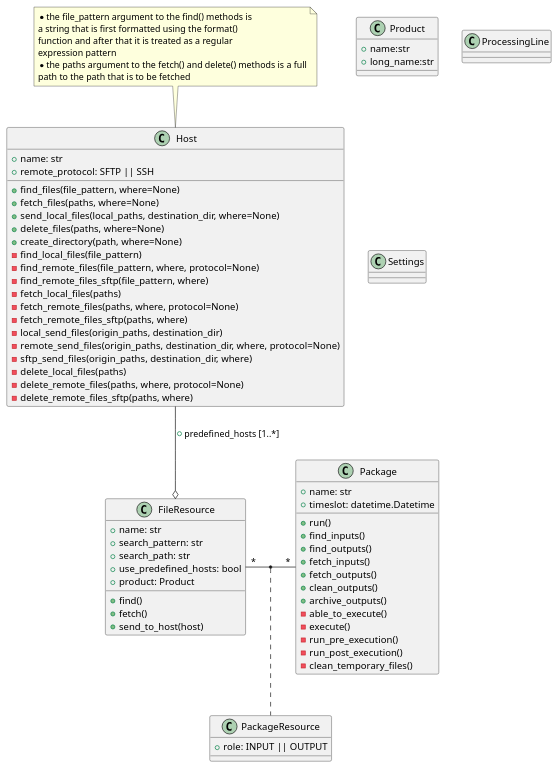
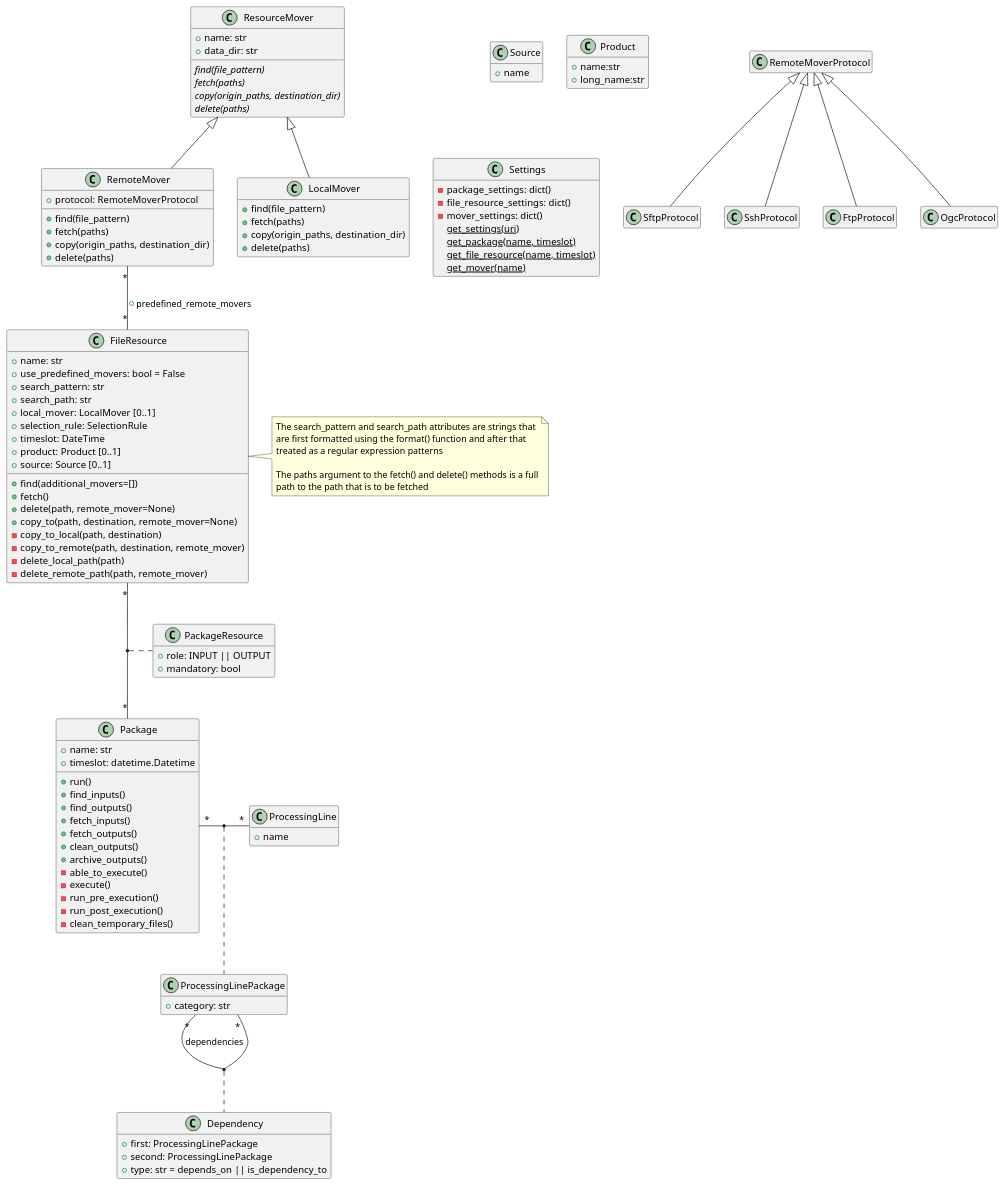
The diagram in diagrams/overview.puml (conductorproject/conductor), drawn with PlantUML before and after one commit. The commit also changed 6 other files, not shown here.

```diff
--- a/diagrams/overview.puml
+++ b/diagrams/overview.puml
@@ -1,81 +1,129 @@
 @startuml
 
-FileResource o-up- Host :+predefined_hosts [1..*]
-FileResource "*" - "*" Package
+hide empty attributes
+hide empty methods
+
+RemoteMoverProtocol <|-- SftpProtocol
+RemoteMoverProtocol <|-- SshProtocol
+RemoteMoverProtocol <|-- FtpProtocol
+RemoteMoverProtocol <|-- OgcProtocol
+
+ResourceMover <|-- LocalMover
+ResourceMover <|-- RemoteMover
+FileResource "*" -up- "*" RemoteMover : +predefined_remote_movers
+FileResource "*" -- "*" Package
 (FileResource, Package) .. PackageResource
+Package "*" - "*" ProcessingLine
+(Package, ProcessingLine) .. ProcessingLinePackage
+ProcessingLinePackage "*" -- "*" ProcessingLinePackage : +dependencies
+(ProcessingLinePackage, ProcessingLinePackage) .. Dependency
 
-class Host {
+class ResourceMover {
     +name: str
-    +remote_protocol: SFTP || SSH
-    +find_files(file_pattern, where=None)
-    +fetch_files(paths, where=None)
-    +send_local_files(local_paths, destination_dir, where=None)
-    +delete_files(paths, where=None)
-    +create_directory(path, where=None)
-    -find_local_files(file_pattern)
-    -find_remote_files(file_pattern, where, protocol=None)
-    -find_remote_files_sftp(file_pattern, where)
-    -fetch_local_files(paths)
-    -fetch_remote_files(paths, where, protocol=None)
-    -fetch_remote_files_sftp(paths, where)
-    -local_send_files(origin_paths, destination_dir)
-    -remote_send_files(origin_paths, destination_dir, where, protocol=None)
-    -sftp_send_files(origin_paths, destination_dir, where)
-    -delete_local_files(paths)
-    -delete_remote_files(paths, where, protocol=None)
-    -delete_remote_files_sftp(paths, where)
+    +data_dir: str
+    {abstract}find(file_pattern)
+    {abstract}fetch(paths)
+    {abstract}copy(origin_paths, destination_dir)
+    {abstract}delete(paths)
+}
+
+class LocalMover {
+    +find(file_pattern)
+    +fetch(paths)
+    +copy(origin_paths, destination_dir)
+    +delete(paths)
+}
+
+class RemoteMover {
+    +protocol: RemoteMoverProtocol
+    +find(file_pattern)
+    +fetch(paths)
+    +copy(origin_paths, destination_dir)
+    +delete(paths)
 }
 
 class Package {
     +name: str
     +timeslot: datetime.Datetime
     +run()
     +find_inputs()
     +find_outputs()
     +fetch_inputs()
     +fetch_outputs()
     +clean_outputs()
     +archive_outputs()
     -able_to_execute()
     -execute()
     -run_pre_execution()
     -run_post_execution()
     -clean_temporary_files()
 }
 
 class PackageResource {
     +role: INPUT || OUTPUT
+    +mandatory: bool
 }
 
 class FileResource {
     +name: str
+    +use_predefined_movers: bool = False
     +search_pattern: str
     +search_path: str
-    +use_predefined_hosts: bool
-    +product: Product
-    +find()
+    +local_mover: LocalMover [0..1]
+    +selection_rule: SelectionRule
+    +timeslot: DateTime
+    +product: Product [0..1]
+    +source: Source [0..1]
+    +find(additional_movers=[])
     +fetch()
-    +send_to_host(host)
+    +delete(path, remote_mover=None)
+    +copy_to(path, destination, remote_mover=None)
+    -copy_to_local(path, destination)
+    -copy_to_remote(path, destination, remote_mover)
+    -delete_local_path(path)
+    -delete_remote_path(path, remote_mover)
+}
+
+class Source {
+    +name
 }
 
 class Product {
     +name:str
     +long_name:str
 }
 
 class ProcessingLine {
+    +name
+}
+
+class ProcessingLinePackage {
+    +category: str
 }
 
 class Settings {
+    -package_settings: dict()
+    -file_resource_settings: dict()
+    -mover_settings: dict()
+    {static} get_settings(uri)
+    {static} get_package(name, timeslot)
+    {static} get_file_resource(name, timeslot)
+    {static} get_mover(name)
 }
 
-note top of Host
-* the file_pattern argument to the find() methods is
-a string that is first formatted using the format()
-function and after that it is treated as a regular
-expression pattern
-* the paths argument to the fetch() and delete() methods is a full
+class Dependency {
+    +first: ProcessingLinePackage
+    +second: ProcessingLinePackage
+    +type: str = depends_on || is_dependency_to
+}
+
+note right of FileResource
+The search_pattern and search_path attributes are strings that
+are first formatted using the format() function and after that
+treated as a regular expression patterns
+
+The paths argument to the fetch() and delete() methods is a full
 path to the path that is to be fetched
 end note
 
 @enduml
```
